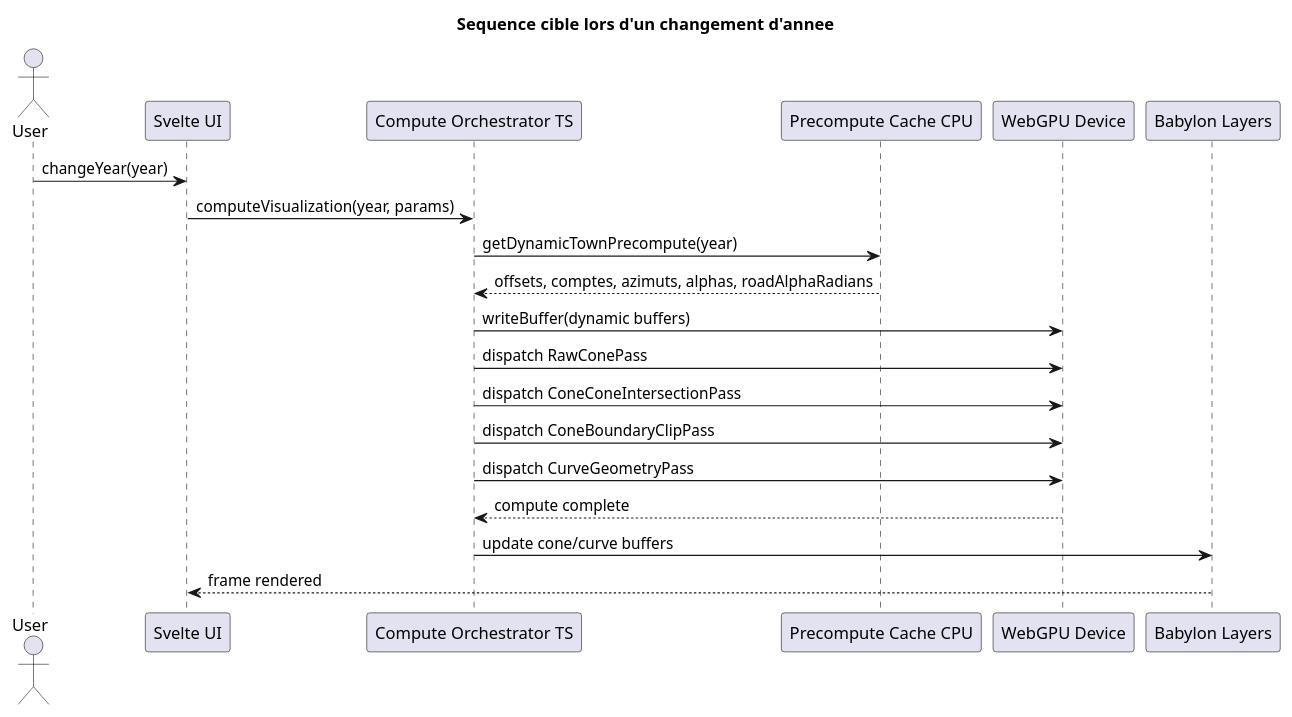
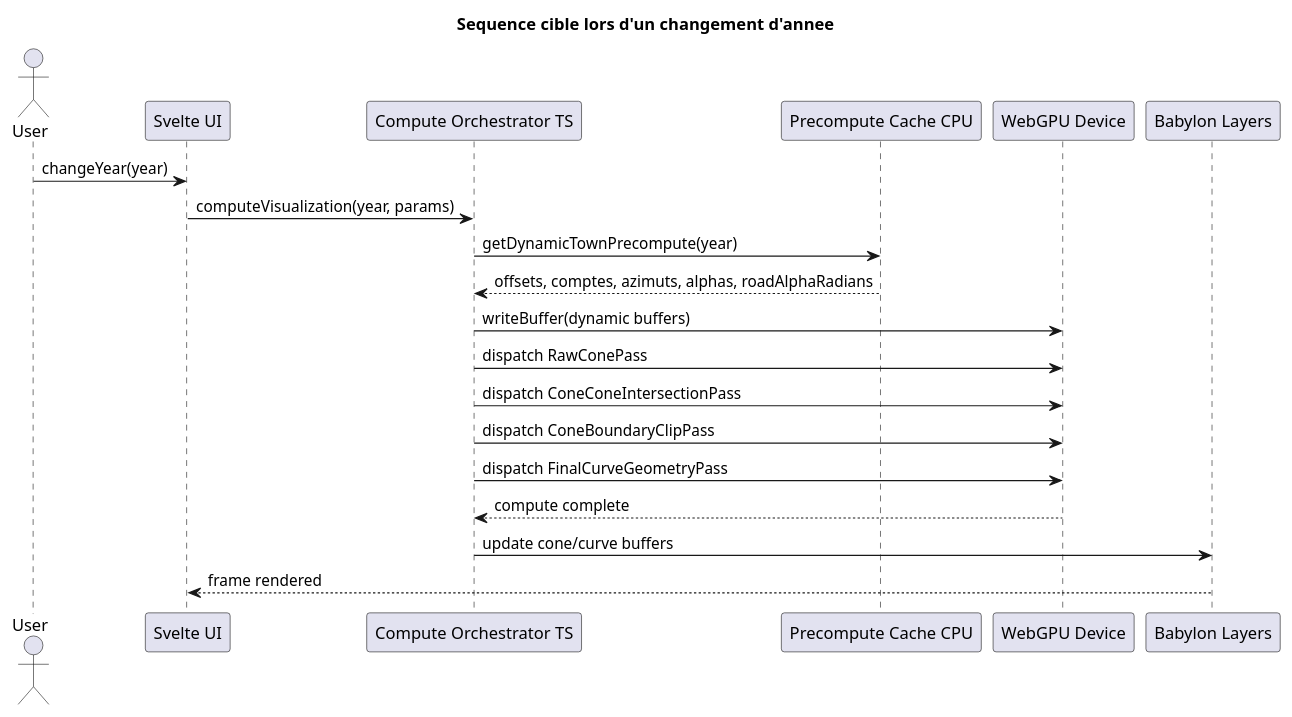
One commit to kaktus40/shriveling_world changed diagram 13 of 14 in docs/precompute-dataflow-cpu-gpu.md. Above: the diagram before and after it, drawn with PlantUML. The commit also changed other lines of this file and 22 other files, not shown here.

Commit message:
feat(m9): align final curve runtime contract

````diff
--- a/docs/precompute-dataflow-cpu-gpu.md
+++ b/docs/precompute-dataflow-cpu-gpu.md
@@ -1967,25 +1968,25 @@
 ```plantuml
 @startuml
 title Sequence cible lors d'un changement d'annee
 
 actor User
 participant "Svelte UI" as UI
 participant "Compute Orchestrator TS" as TS
 participant "Precompute Cache CPU" as Cache
 participant "WebGPU Device" as GPU
 participant "Babylon Layers" as Babylon
 
 User -> UI : changeYear(year)
 UI -> TS : computeVisualization(year, params)
 TS -> Cache : getDynamicTownPrecompute(year)
 Cache --> TS : offsets, comptes, azimuts, alphas, roadAlphaRadians
 TS -> GPU : writeBuffer(dynamic buffers)
 TS -> GPU : dispatch RawConePass
 TS -> GPU : dispatch ConeConeIntersectionPass
 TS -> GPU : dispatch ConeBoundaryClipPass
-TS -> GPU : dispatch CurveGeometryPass
+TS -> GPU : dispatch FinalCurveGeometryPass
 GPU --> TS : compute complete
 TS -> Babylon : update cone/curve buffers
 Babylon --> UI : frame rendered
 @enduml
 ```
````
